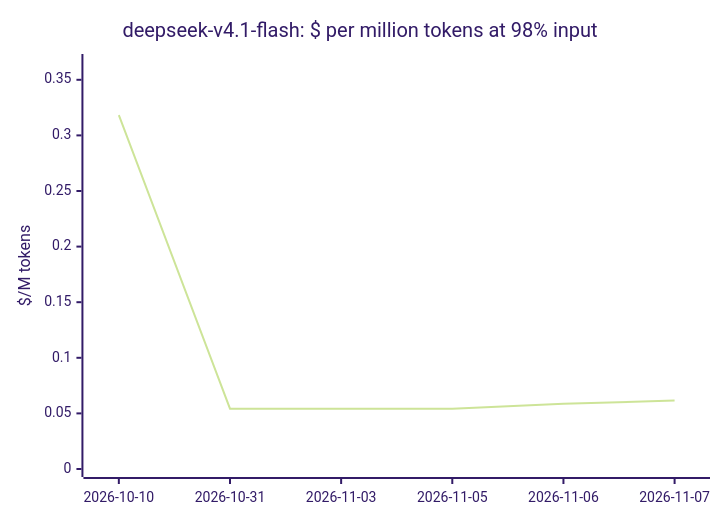
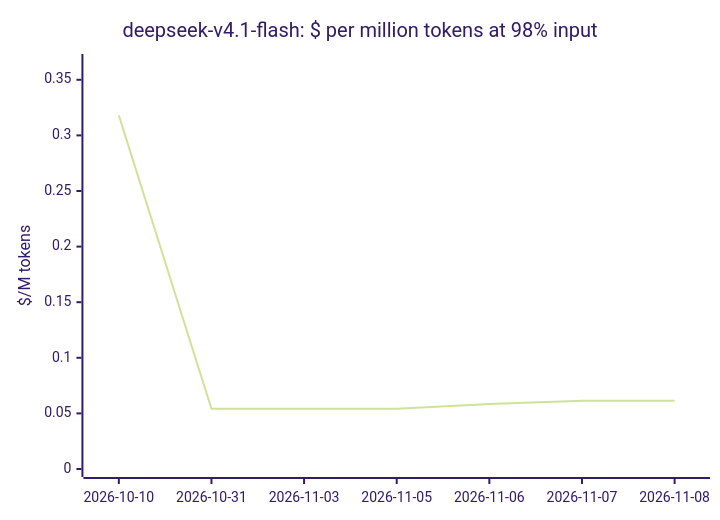
The seventh of 20 diagrams in docs/openrouter-models.md (cklukas/OMEGA_TRANSFORM), drawn with Mermaid (forest theme) before and after one commit. The commit also changed other lines of this file and 47 other files, not shown here.

````diff
--- a/docs/openrouter-models.md
+++ b/docs/openrouter-models.md
@@ -193,7 +194,7 @@
 ```mermaid
 xychart-beta
     title "deepseek-v4.1-flash: $ per million tokens at 98% input"
-    x-axis ["2026-10-10", "2026-10-31", "2026-11-03", "2026-11-05", "2026-11-06", "2026-11-07"]
+    x-axis ["2026-10-10", "2026-10-31", "2026-11-03", "2026-11-05", "2026-11-06", "2026-11-07", "2026-11-08"]
     y-axis "$/M tokens" 0 --> 0.366
-    line [0.3183, 0.05425, 0.05425, 0.05425, 0.05859, 0.0615]
+    line [0.318, 0.0541, 0.0541, 0.0541, 0.05842, 0.06132, 0.06132]
 ```
````
